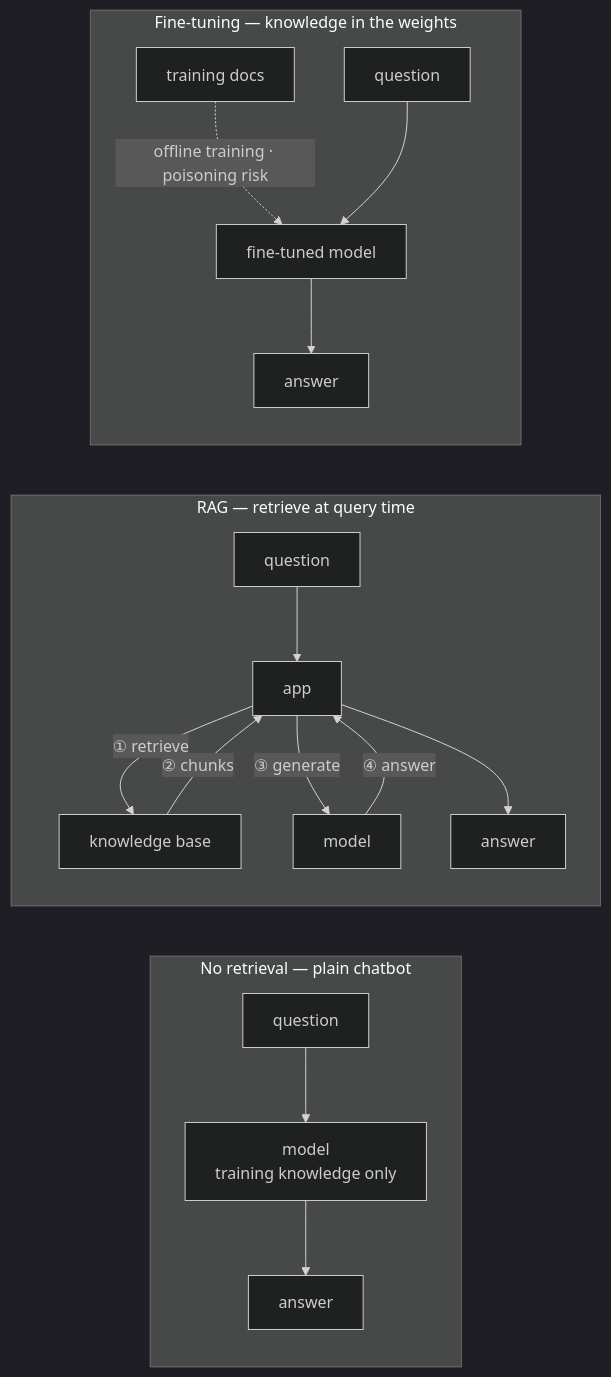
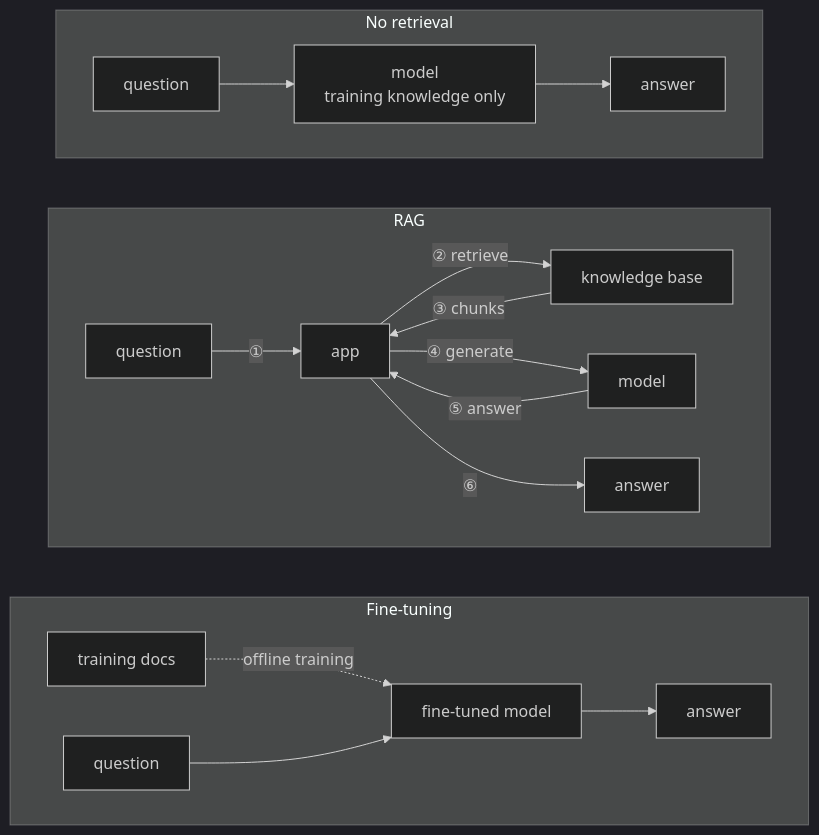
The eighth of 11 diagrams in lab-journal/rag-and-ai-probe.md (ryayres-fox/Security), drawn with Mermaid (dark theme) before and after one commit. The commit also changed other lines of this file and 5 other files, not shown here.

First line of the commit message:
Lab journal: legible diagrams, and the agentic-services page (#90)

````diff
--- a/lab-journal/rag-and-ai-probe.md
+++ b/lab-journal/rag-and-ai-probe.md
@@ -411,20 +405,21 @@
 ```mermaid
 graph LR
-  subgraph NR["No retrieval — plain chatbot"]
-    Q1["question"] --> M1["model<br/>training knowledge only"]
-    M1 --> R1["answer"]
+  subgraph FT["Fine-tuning"]
+    direction LR
+    D["training docs"] -. "offline training" .-> M3["fine-tuned model"]
+    Q3["question"] --> M3 --> R3["answer"]
   end
-  subgraph RG["RAG — retrieve at query time"]
-    Q2["question"] --> AP["app"]
-    AP -->|"① retrieve"| KB2["knowledge base"]
-    KB2 -->|"② chunks"| AP
-    AP -->|"③ generate"| M2["model"]
-    M2 -->|"④ answer"| AP
-    AP --> R2["answer"]
+  subgraph RG["RAG"]
+    direction LR
+    Q2["question"] -->|"①"| AP["app"]
+    AP -->|"② retrieve"| KB2["knowledge base"]
+    KB2 -->|"③ chunks"| AP
+    AP -->|"④ generate"| M2["model"]
+    M2 -->|"⑤ answer"| AP
+    AP -->|"⑥"| R2["answer"]
   end
-  subgraph FT["Fine-tuning — knowledge in the weights"]
-    D["training docs"] -. "offline training · poisoning risk" .-> M3["fine-tuned model"]
-    Q3["question"] --> M3
-    M3 --> R3["answer"]
+  subgraph NR["No retrieval"]
+    direction LR
+    Q1["question"] --> M1["model<br/>training knowledge only"] --> R1["answer"]
   end
 ```
````
